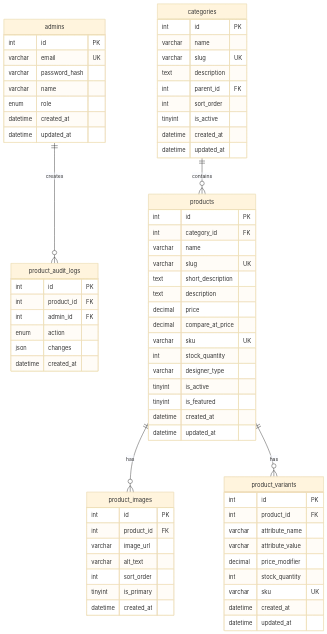
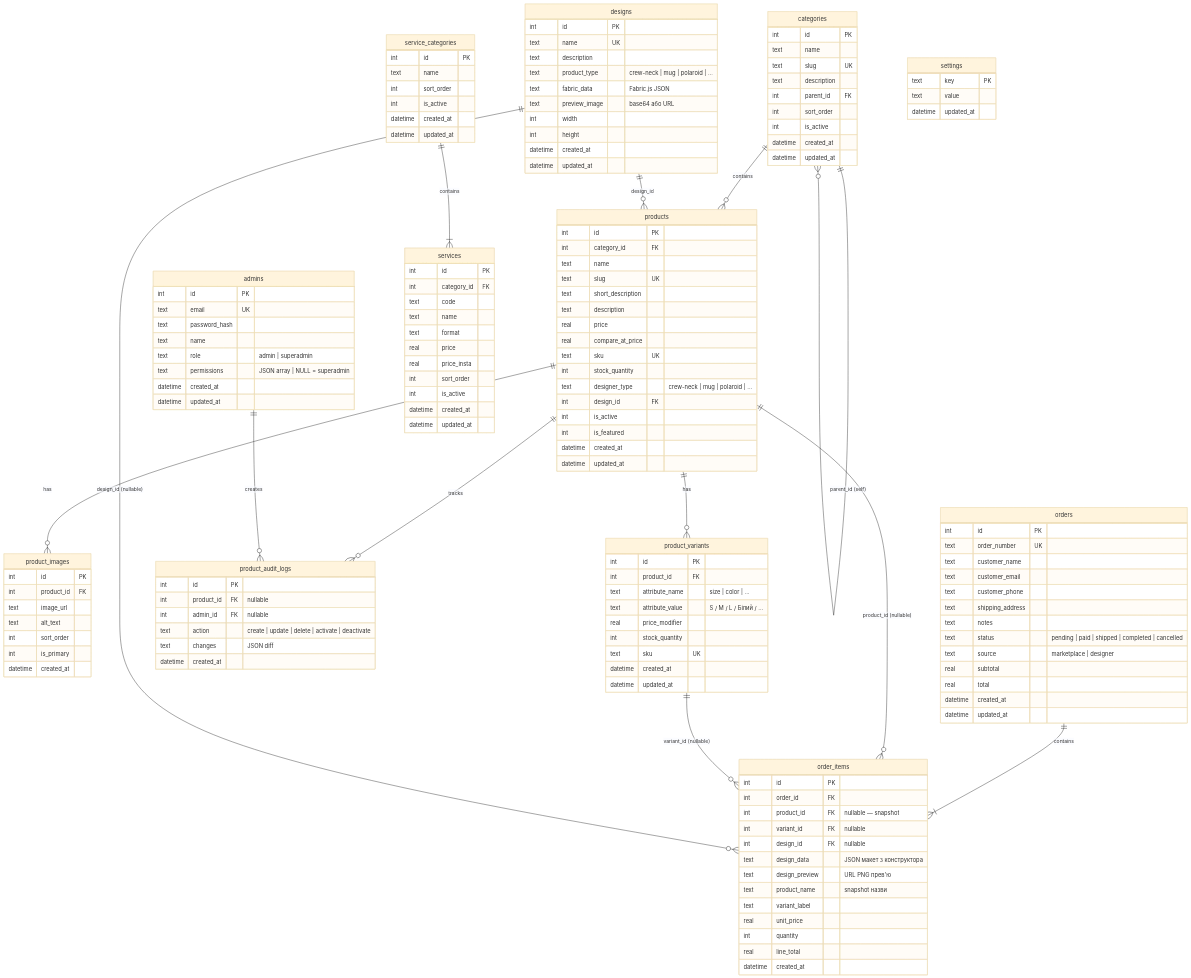
The diagram in t-shirt-designer-webapp-main/marketplace/database/ER-MODEL.md (annndrey3/memory-moments), drawn with Mermaid (base theme) before and after one commit. The commit also changed other lines of this file and 94 other files, not shown here.

````diff
--- a/t-shirt-designer-webapp-main/marketplace/database/ER-MODEL.md
+++ b/t-shirt-designer-webapp-main/marketplace/database/ER-MODEL.md
@@ -5,78 +10,167 @@
 ```mermaid
 erDiagram
-    admins ||--o{ product_audit_logs : creates
-    categories ||--o{ products : contains
-    products ||--o{ product_images : has
-    products ||--o{ product_variants : has
+    %% Каталог
+    categories ||--o{ categories      : "parent_id (self)"
+    categories ||--o{ products        : contains
+    designs    ||--o{ products        : "design_id"
+    products   ||--o{ product_images  : has
+    products   ||--o{ product_variants : has
+    products   ||--o{ product_audit_logs : tracks
+    admins     ||--o{ product_audit_logs : creates
+
+    %% Замовлення
+    orders         ||--|{ order_items    : contains
+    products       ||--o{ order_items    : "product_id (nullable)"
+    product_variants ||--o{ order_items  : "variant_id (nullable)"
+    designs        ||--o{ order_items    : "design_id (nullable)"
+
+    %% Прайс-лист
+    service_categories ||--|{ services : contains
 
     admins {
-        int id PK
-        varchar email UK
-        varchar password_hash
-        varchar name
-        enum role
+        int     id              PK
+        text    email           UK
+        text    password_hash
+        text    name
+        text    role            "admin | superadmin"
+        text    permissions     "JSON array | NULL = superadmin"
         datetime created_at
         datetime updated_at
     }
 
     categories {
-        int id PK
-        varchar name
-        varchar slug UK
-        text description
-        int parent_id FK
-        int sort_order
-        tinyint is_active
+        int     id          PK
+        text    name
+        text    slug        UK
+        text    description
+        int     parent_id   FK
+        int     sort_order
+        int     is_active
         datetime created_at
         datetime updated_at
     }
 
     products {
-        int id PK
-        int category_id FK
-        varchar name
-        varchar slug UK
-        text short_description
-        text description
-        decimal price
-        decimal compare_at_price
-        varchar sku UK
-        int stock_quantity
-        varchar designer_type
-        tinyint is_active
-        tinyint is_featured
+        int     id                  PK
+        int     category_id         FK
+        text    name
+        text    slug                UK
+        text    short_description
+        text    description
+        real    price
+        real    compare_at_price
+        text    sku                 UK
+        int     stock_quantity
+        text    designer_type       "crew-neck | mug | polaroid | ..."
+        int     design_id           FK
+        int     is_active
+        int     is_featured
+        datetime created_at
+        datetime updated_at
+    }
+
+    designs {
+        int     id              PK
+        text    name            UK
+        text    description
+        text    product_type    "crew-neck | mug | polaroid | ..."
+        text    fabric_data     "Fabric.js JSON"
+        text    preview_image   "base64 або URL"
+        int     width
+        int     height
         datetime created_at
         datetime updated_at
     }
 
     product_images {
-        int id PK
-        int product_id FK
-        varchar image_url
-        varchar alt_text
-        int sort_order
-        tinyint is_primary
+        int     id          PK
+        int     product_id  FK
+        text    image_url
+        text    alt_text
+        int     sort_order
+        int     is_primary
         datetime created_at
     }
 
     product_variants {
-        int id PK
-        int product_id FK
-        varchar attribute_name
-        varchar attribute_value
-        decimal price_modifier
-        int stock_quantity
-        varchar sku UK
+        int     id              PK
+        int     product_id      FK
+        text    attribute_name  "size | color | ..."
+        text    attribute_value "S / M / L / Білий / ..."
+        real    price_modifier
+        int     stock_quantity
+        text    sku             UK
         datetime created_at
         datetime updated_at
     }
 
     product_audit_logs {
-        int id PK
-        int product_id FK
-        int admin_id FK
-        enum action
-        json changes
+        int     id          PK
+        int     product_id  FK "nullable"
+        int     admin_id    FK "nullable"
+        text    action      "create | update | delete | activate | deactivate"
+        text    changes     "JSON diff"
         datetime created_at
     }
+
+    orders {
+        int     id              PK
+        text    order_number    UK
+        text    customer_name
+        text    customer_email
+        text    customer_phone
+        text    shipping_address
+        text    notes
+        text    status          "pending | paid | shipped | completed | cancelled"
+        text    source          "marketplace | designer"
+        real    subtotal
+        real    total
+        datetime created_at
+        datetime updated_at
+    }
+
+    order_items {
+        int     id              PK
+        int     order_id        FK
+        int     product_id      FK "nullable — snapshot"
+        int     variant_id      FK "nullable"
+        int     design_id       FK "nullable"
+        text    design_data     "JSON макет з конструктора"
+        text    design_preview  "URL PNG прев'ю"
+        text    product_name    "snapshot назви"
+        text    variant_label
+        real    unit_price
+        int     quantity
+        real    line_total
+        datetime created_at
+    }
+
+    service_categories {
+        int     id          PK
+        text    name
+        int     sort_order
+        int     is_active
+        datetime created_at
+        datetime updated_at
+    }
+
+    services {
+        int     id          PK
+        int     category_id FK
+        text    code
+        text    name
+        text    format
+        real    price
+        real    price_insta
+        int     sort_order
+        int     is_active
+        datetime created_at
+        datetime updated_at
+    }
+
+    settings {
+        text    key     PK
+        text    value
+        datetime updated_at
+    }
 ```
````
